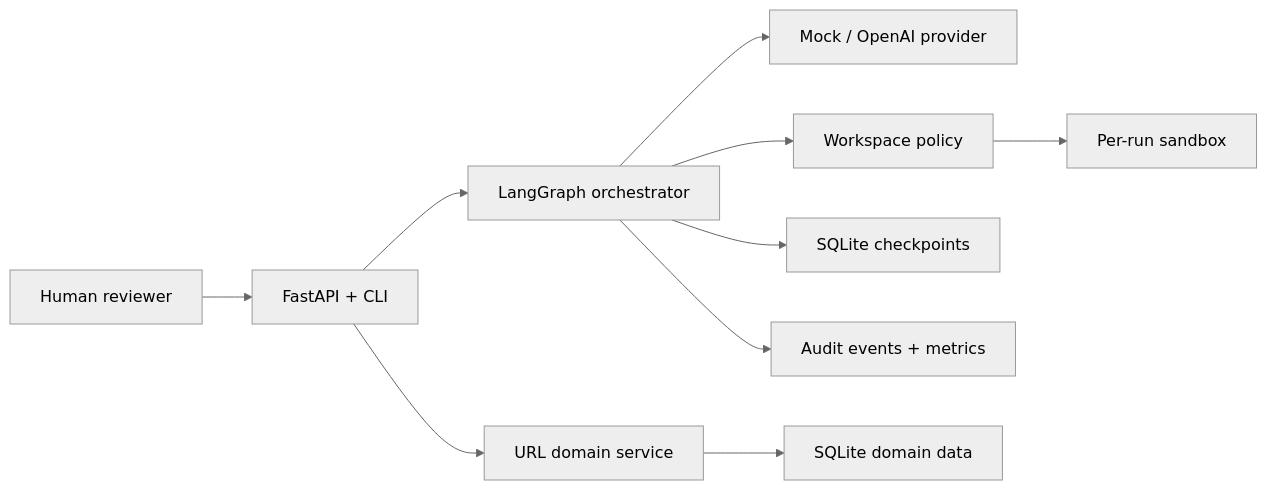
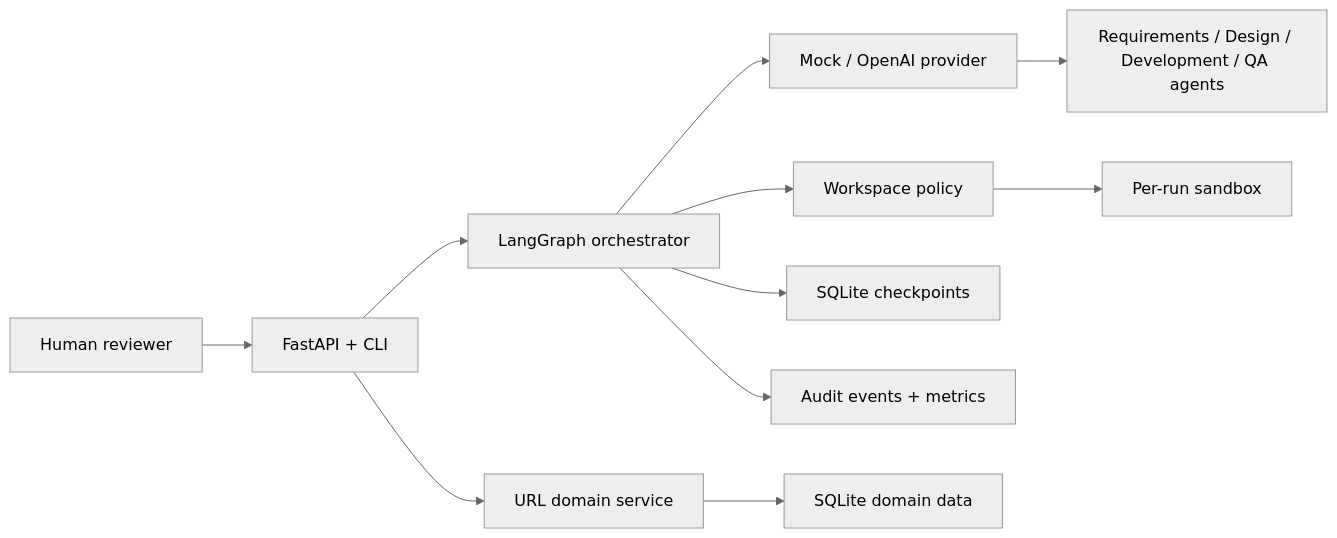
One commit to rc1208/agent-orchestration-url-shortner changed the first of 2 diagrams in docs/architecture.md. Above: the diagram before and after it, drawn with Mermaid (neutral theme). The commit also changed other lines of this file and 4 other files, not shown here.

````diff
--- a/docs/architecture.md
+++ b/docs/architecture.md
@@ -5,12 +5,13 @@
 ```mermaid
 flowchart LR
   Human["Human reviewer"] --> API["FastAPI + CLI"]
   API --> Graph["LangGraph orchestrator"]
   API --> URL["URL domain service"]
   Graph --> Provider["Mock / OpenAI provider"]
+  Provider --> Agents["Requirements / Design / Development / QA agents"]
   Graph --> Policy["Workspace policy"]
   Graph --> Checkpoints["SQLite checkpoints"]
   Graph --> Audit["Audit events + metrics"]
   URL --> SQLite["SQLite domain data"]
   Policy --> Sandbox["Per-run sandbox"]
 ```
````
